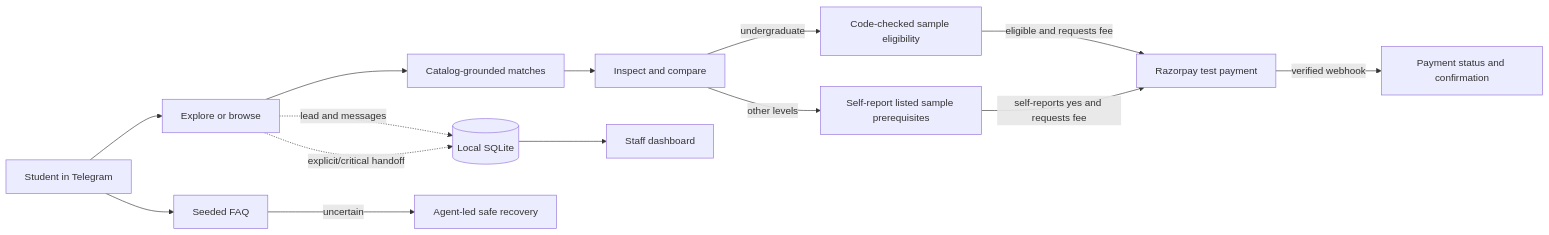
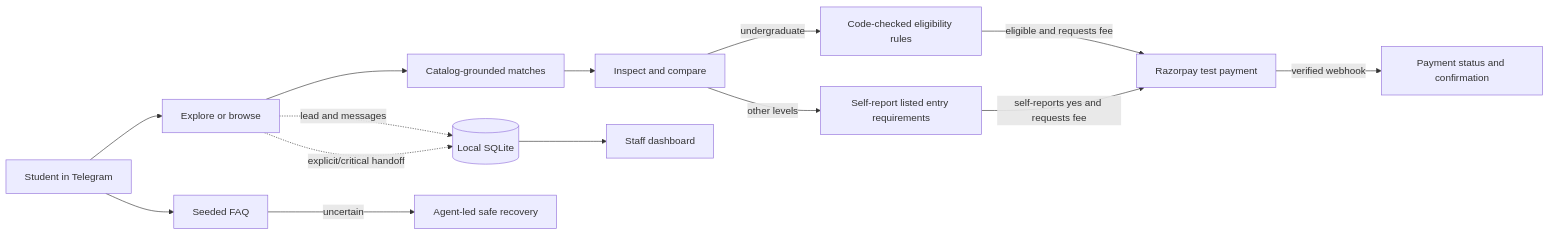
Before and after one commit to Shan091/admitflow: the first of 2 diagrams in README.md, drawn with Mermaid. The commit also changed other lines of this file and 20 other files, not shown here.

````diff
--- a/README.md
+++ b/README.md
@@ -39,16 +39,16 @@
 ```mermaid
 flowchart LR
     S[Student in Telegram] --> D[Explore or browse]
     D --> R[Catalog-grounded matches]
     R --> I[Inspect and compare]
-    I -->|undergraduate| E[Code-checked sample eligibility]
-    I -->|other levels| E2[Self-report listed sample prerequisites]
+    I -->|undergraduate| E[Code-checked eligibility rules]
+    I -->|other levels| E2[Self-report listed entry requirements]
     E -->|eligible and requests fee| P[Razorpay test payment]
     E2 -->|self-reports yes and requests fee| P
     P -->|verified webhook| C[Payment status and confirmation]
     S --> F[Seeded FAQ]
     F -->|uncertain| A[Agent-led safe recovery]
     D -. lead and messages .-> DB[(Local SQLite)]
     D -. explicit/critical handoff .-> DB
     DB --> W[Staff dashboard]
 ```
````
